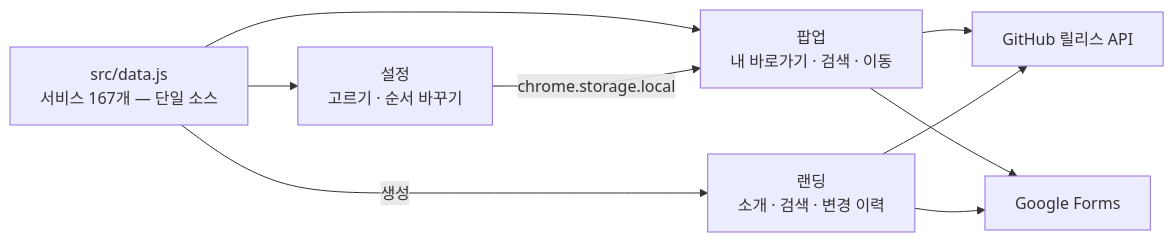
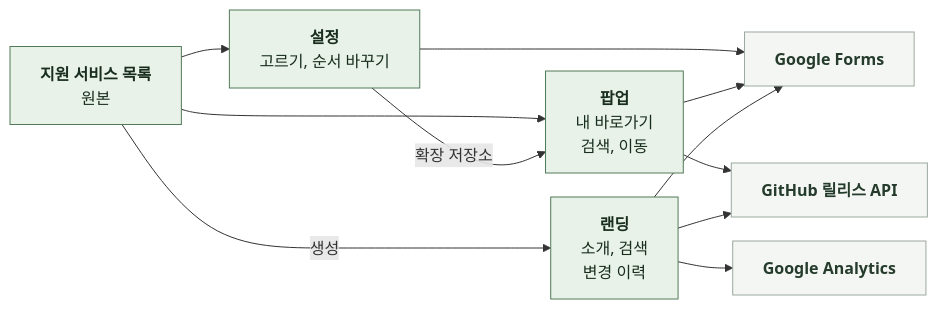
The diagram in docs/spec/README.md (kangkyunghyun/LinKHU), drawn with Mermaid before and after one commit. The commit also changed other lines of this file and 42 other files, not shown here.

````diff
--- a/docs/spec/README.md
+++ b/docs/spec/README.md
@@ -9,12 +7,25 @@
 ```mermaid
+%%{init: {"flowchart": {"curve": "basis", "nodeSpacing": 24, "rankSpacing": 48}}}%%
 flowchart LR
-    D["src/data.js<br>서비스 167개 — 단일 소스"]
-    D --> P["팝업<br>내 바로가기 · 검색 · 이동"]
-    D --> O["설정<br>고르기 · 순서 바꾸기"]
-    D -- "생성" --> L["랜딩<br>소개 · 검색 · 변경 이력"]
-    O -- "chrome.storage.local" --> P
-    P --> G["GitHub 릴리스 API"]
+    D["`**지원 서비스 목록**
+원본`"]
+    D --> O["`**설정**
+고르기, 순서 바꾸기`"]
+    D --> P["`**팝업**
+내 바로가기
+검색, 이동`"]
+    D -->|생성| L["`**랜딩**
+소개, 검색
+변경 이력`"]
+    O -->|확장 저장소| P
+    O --> F["`**Google Forms**`"]
+    P --> F
+    P --> G["`**GitHub 릴리스 API**`"]
+    L --> F
     L --> G
-    P --> F["Google Forms"]
-    L --> F
+    L --> A["`**Google Analytics**`"]
+    classDef comp fill:#E8F2E8,stroke:#527A59,color:#182D1D
+    classDef ext fill:#F4F6F4,stroke:#9BA99E,color:#253C2C
+    class D,P,O,L comp
+    class G,F,A ext
 ```
````
